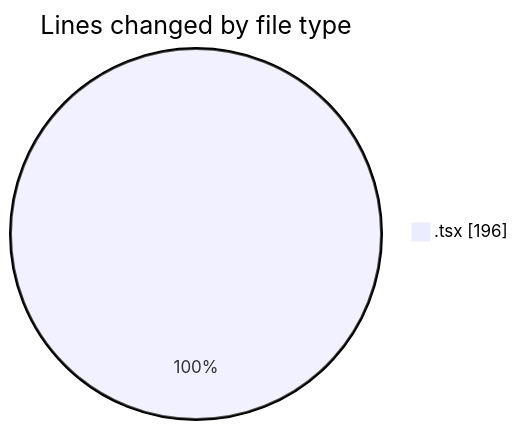
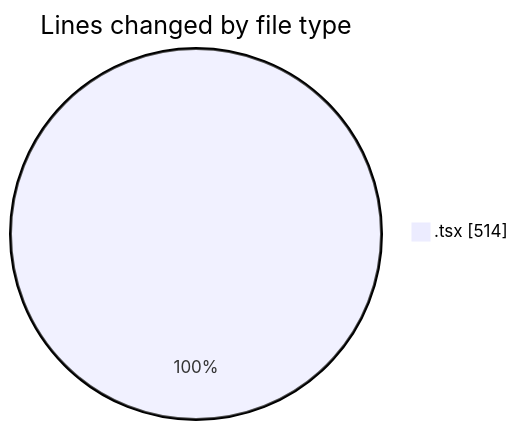
One commit to nxtqubesakshisongat/code-tracking changed the first of 2 diagrams in 2026-04-19/airfeed-analytics-dashboard/README.md. Above: the diagram before and after it, drawn with Mermaid. The commit also changed other lines of this file and 1 other file, not shown here.

````diff
--- a/2026-04-19/airfeed-analytics-dashboard/README.md
+++ b/2026-04-19/airfeed-analytics-dashboard/README.md
@@ -20,5 +21,5 @@
 ```mermaid
 pie showData
 title Lines changed by file type
-".tsx" : 196
+".tsx" : 514
 ```
````
